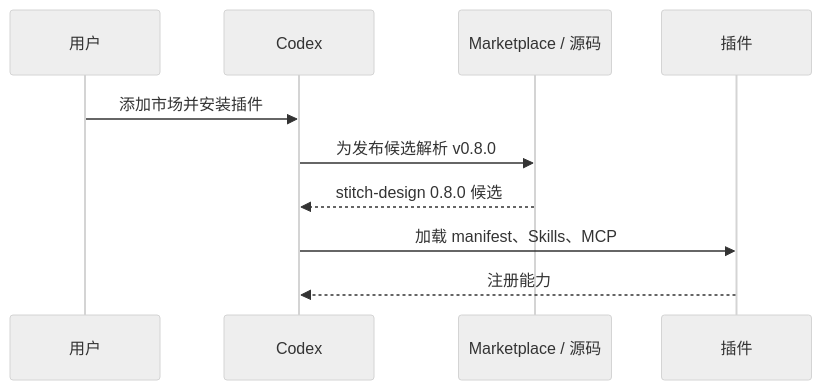
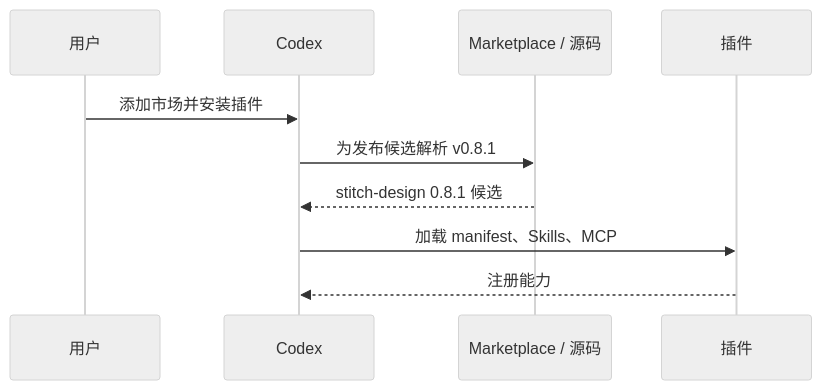
Before and after one commit to full-stack-plugins/stitch-design-plugin: the seventh of 11 diagrams in docs/Stitch-Design-Architecture.zh_CN.md, drawn with Mermaid (neutral theme). The commit also changed other lines of this file and 16 other files, not shown here.

````diff
--- a/docs/Stitch-Design-Architecture.zh_CN.md
+++ b/docs/Stitch-Design-Architecture.zh_CN.md
@@ -173,12 +173,12 @@
 ```mermaid
 sequenceDiagram
     participant U as 用户
     participant C as Codex
     participant M as Marketplace / 源码
     participant P as 插件
     U->>C: 添加市场并安装插件
-    C->>M: 为发布候选解析 v0.8.0
-    M-->>C: stitch-design 0.8.0 候选
+    C->>M: 为发布候选解析 v0.8.1
+    M-->>C: stitch-design 0.8.1 候选
     C->>P: 加载 manifest、Skills、MCP
     P-->>C: 注册能力
 ```
````
